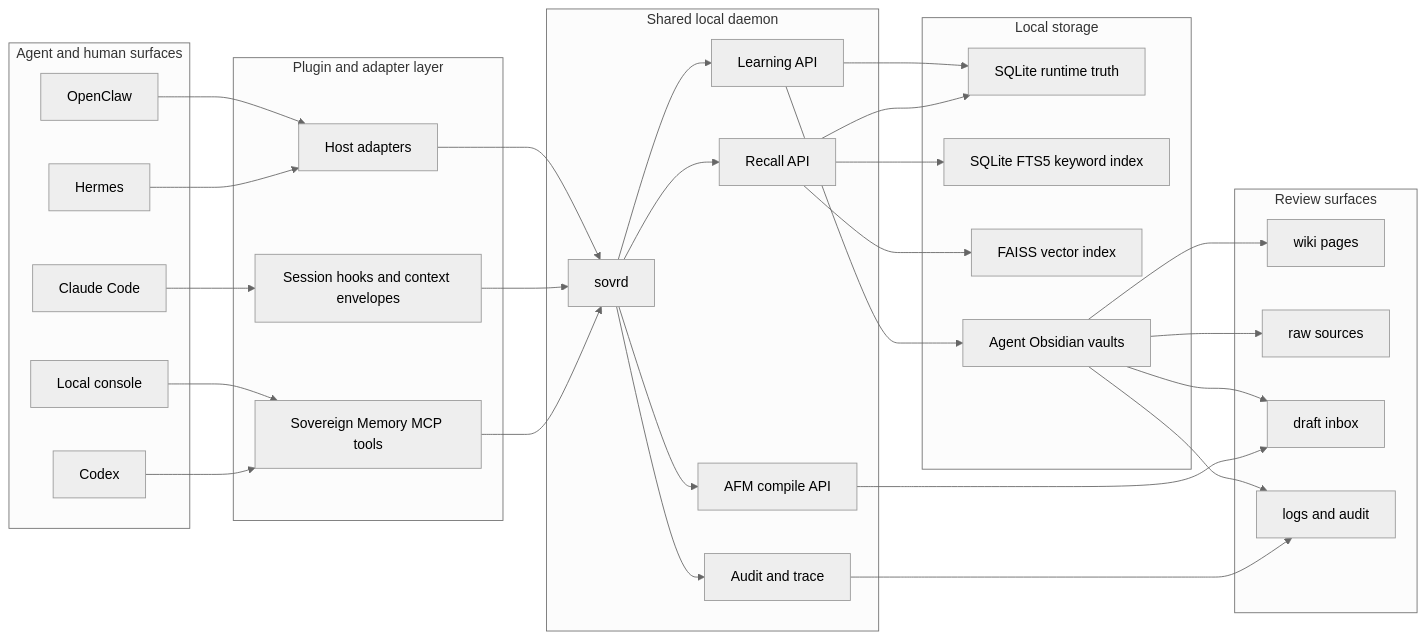
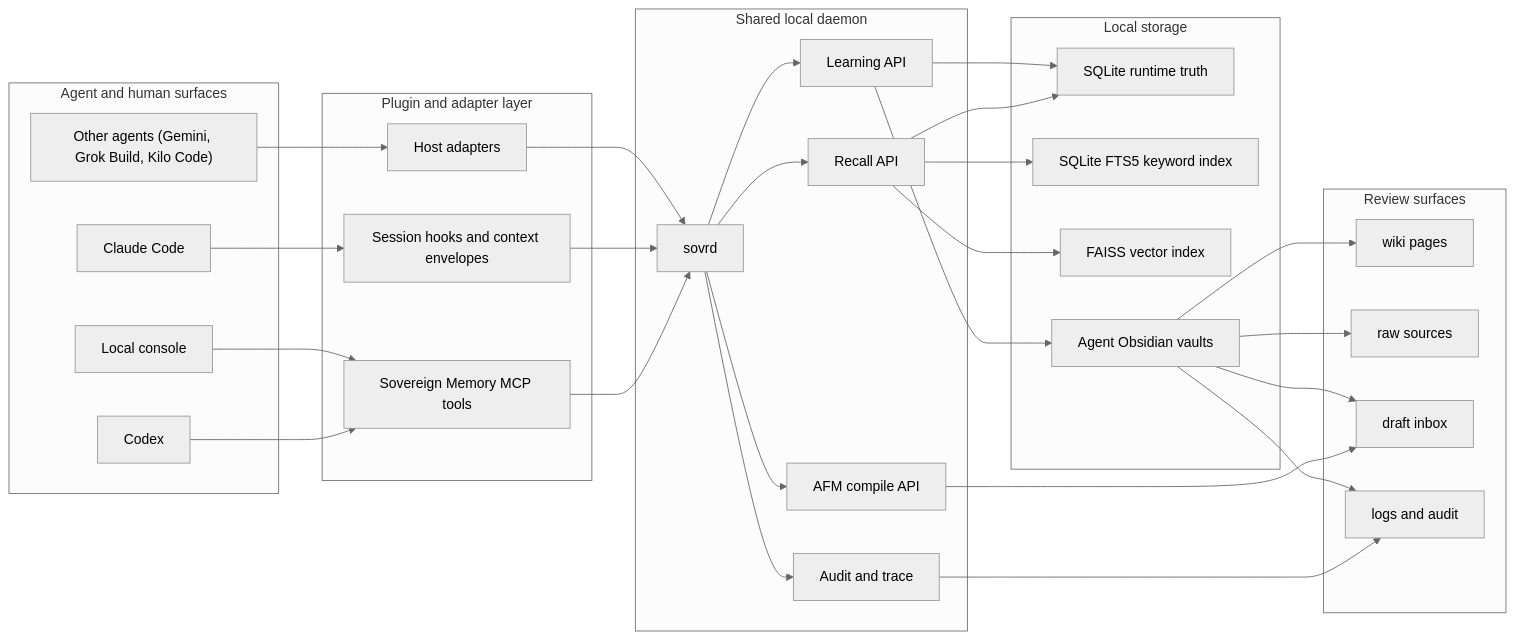
Before and after one commit to infektyd/minni: the first of 12 diagrams in docs/design/SOVEREIGN_MEMORY_EXPLAINER.md, drawn with Mermaid (neutral theme). The commit also changed other lines of this file and 19 other files, not shown here.

First line of the commit message:
Remove Hermes and OpenClaw from docs, contracts and skills

````diff
--- a/docs/design/SOVEREIGN_MEMORY_EXPLAINER.md
+++ b/docs/design/SOVEREIGN_MEMORY_EXPLAINER.md
@@ -24,66 +24,64 @@
 ```mermaid
 flowchart LR
     subgraph Surfaces["Agent and human surfaces"]
         Codex["Codex"]
         Claude["Claude Code"]
-        Hermes["Hermes"]
-        OpenClaw["OpenClaw"]
+        Others["Other agents (Gemini, Grok Build, Kilo Code)"]
         Console["Local console"]
     end
 
     subgraph PluginLayer["Plugin and adapter layer"]
         MCP["Sovereign Memory MCP tools"]
         Hooks["Session hooks and context envelopes"]
         Adapters["Host adapters"]
     end
 
     subgraph Daemon["Shared local daemon"]
         Sovrd["sovrd"]
         Recall["Recall API"]
         Learn["Learning API"]
         Compile["AFM compile API"]
         Audit["Audit and trace"]
     end
 
     subgraph Storage["Local storage"]
         DB["SQLite runtime truth"]
         FTS["SQLite FTS5 keyword index"]
         FAISS["FAISS vector index"]
         Vaults["Agent Obsidian vaults"]
     end
 
     subgraph Review["Review surfaces"]
         Wiki["wiki pages"]
         Raw["raw sources"]
         Inbox["draft inbox"]
         Logs["logs and audit"]
     end
 
     Codex --> MCP
     Claude --> Hooks
-    Hermes --> Adapters
-    OpenClaw --> Adapters
+    Others --> Adapters
     Console --> MCP
 
     MCP --> Sovrd
     Hooks --> Sovrd
     Adapters --> Sovrd
 
     Sovrd --> Recall
     Sovrd --> Learn
     Sovrd --> Compile
     Sovrd --> Audit
 
     Recall --> DB
     Recall --> FTS
     Recall --> FAISS
     Learn --> DB
     Learn --> Vaults
     Compile --> Inbox
     Audit --> Logs
 
     Vaults --> Wiki
     Vaults --> Raw
     Vaults --> Inbox
     Vaults --> Logs
 ```
````
